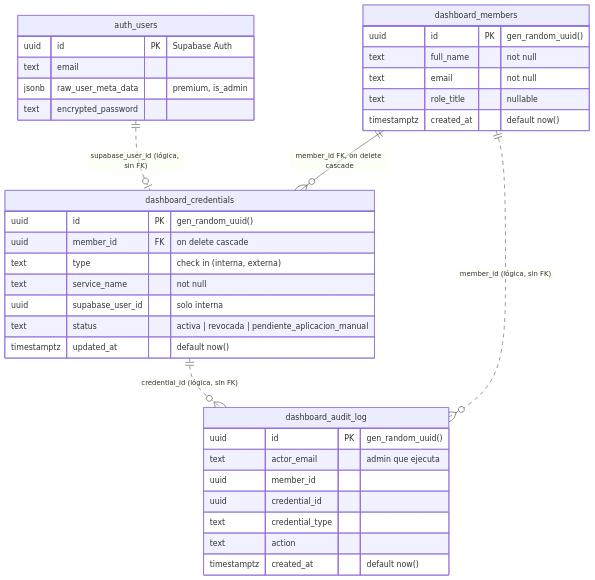
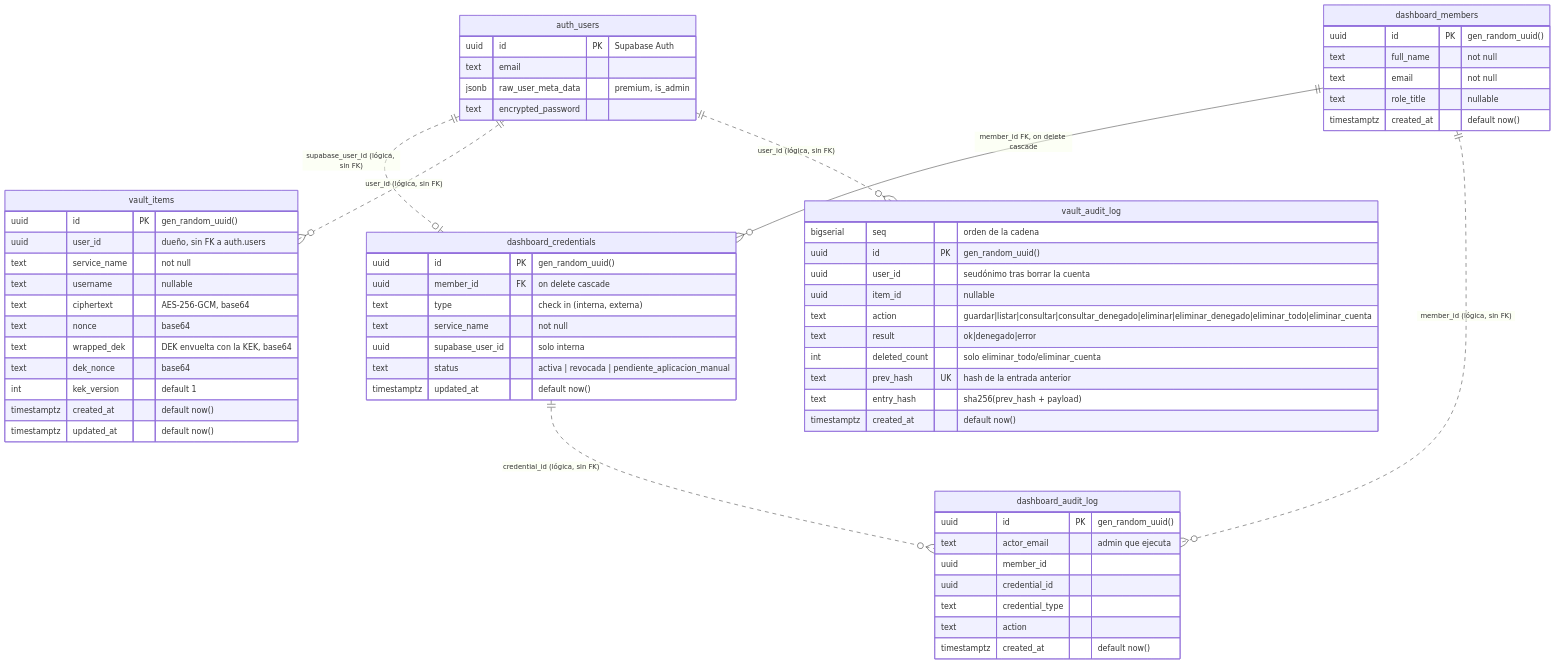
The fourth of 9 diagrams in docs/ARQUITECTURA.md (MrCasuela/sparkgate-api), drawn with Mermaid before and after one commit. The commit also changed other lines of this file and 4 other files, not shown here.

First line of the commit message:
docs: ARQUITECTURA con vault, cobertura HU17 100% y evidencia E2E

````diff
--- a/docs/ARQUITECTURA.md
+++ b/docs/ARQUITECTURA.md
@@ -184,42 +194,72 @@
 ```mermaid
 erDiagram
     auth_users ||..o| dashboard_credentials : "supabase_user_id (lógica, sin FK)"
     dashboard_members ||--o{ dashboard_credentials : "member_id FK, on delete cascade"
     dashboard_members ||..o{ dashboard_audit_log : "member_id (lógica, sin FK)"
     dashboard_credentials ||..o{ dashboard_audit_log : "credential_id (lógica, sin FK)"
 
     auth_users {
         uuid id PK "Supabase Auth"
         text email
         jsonb raw_user_meta_data "premium, is_admin"
         text encrypted_password
     }
 
     dashboard_members {
         uuid id PK "gen_random_uuid()"
         text full_name "not null"
         text email "not null"
         text role_title "nullable"
         timestamptz created_at "default now()"
     }
 
     dashboard_credentials {
         uuid id PK "gen_random_uuid()"
         uuid member_id FK "on delete cascade"
         text type "check in (interna, externa)"
         text service_name "not null"
         uuid supabase_user_id "solo interna"
         text status "activa | revocada | pendiente_aplicacion_manual"
         timestamptz updated_at "default now()"
     }
 
     dashboard_audit_log {
         uuid id PK "gen_random_uuid()"
         text actor_email "admin que ejecuta"
         uuid member_id
         uuid credential_id
         text credential_type
         text action
         timestamptz created_at "default now()"
     }
+
+    auth_users ||..o{ vault_items : "user_id (lógica, sin FK)"
+    auth_users ||..o{ vault_audit_log : "user_id (lógica, sin FK)"
+
+    vault_items {
+        uuid id PK "gen_random_uuid()"
+        uuid user_id "dueño, sin FK a auth.users"
+        text service_name "not null"
+        text username "nullable"
+        text ciphertext "AES-256-GCM, base64"
+        text nonce "base64"
+        text wrapped_dek "DEK envuelta con la KEK, base64"
+        text dek_nonce "base64"
+        int kek_version "default 1"
+        timestamptz created_at "default now()"
+        timestamptz updated_at "default now()"
+    }
+
+    vault_audit_log {
+        bigserial seq "orden de la cadena"
+        uuid id PK "gen_random_uuid()"
+        uuid user_id "seudónimo tras borrar la cuenta"
+        uuid item_id "nullable"
+        text action "guardar|listar|consultar|consultar_denegado|eliminar|eliminar_denegado|eliminar_todo|eliminar_cuenta"
+        text result "ok|denegado|error"
+        int deleted_count "solo eliminar_todo/eliminar_cuenta"
+        text prev_hash UK "hash de la entrada anterior"
+        text entry_hash "sha256(prev_hash + payload)"
+        timestamptz created_at "default now()"
+    }
 ```
````
